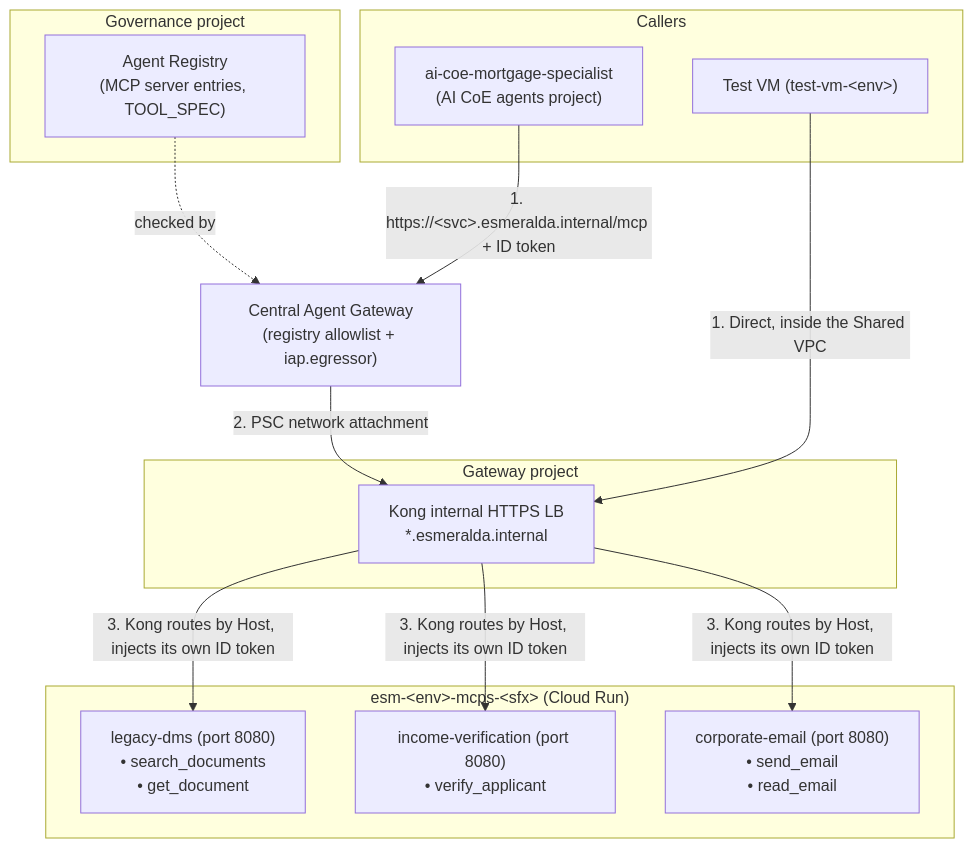
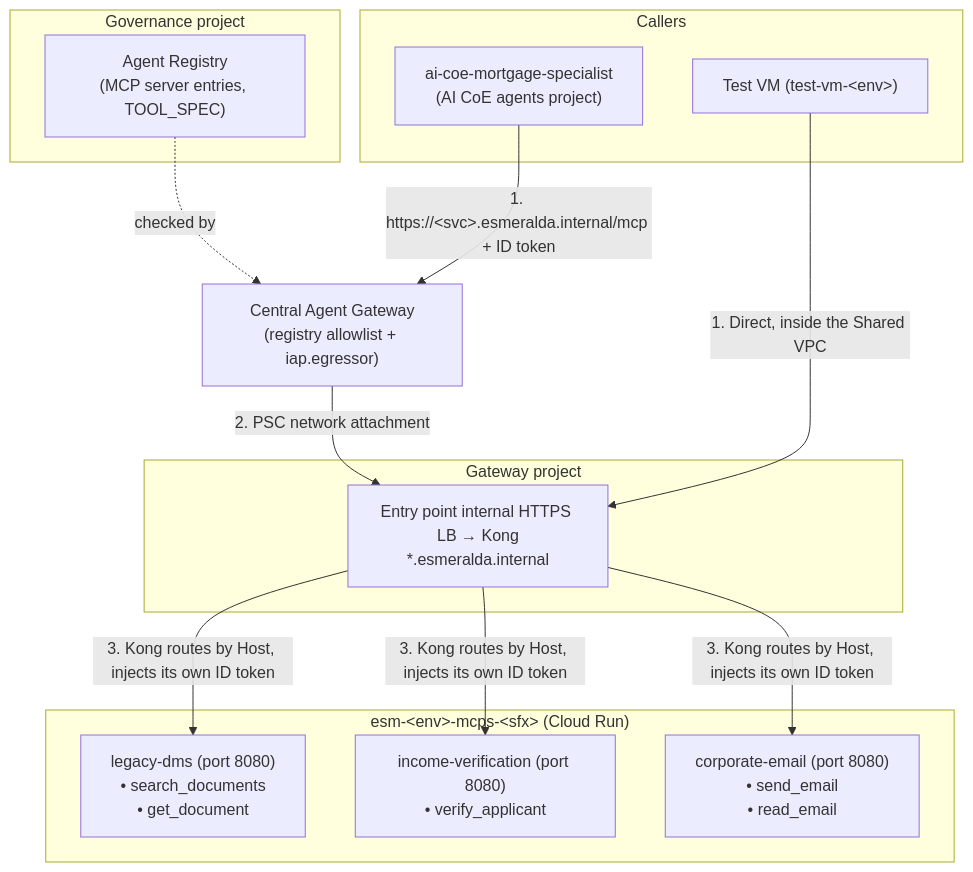
The diagram in docs/src/2-workloads-and-catalog/02-mcp-tool-servers.md (google/esmeralda), drawn with Mermaid before and after one commit. The commit also changed 10 other files, not shown here.

First line of the commit message:
docs: describe the entry point, the gateway contract and host-by-host migration

````diff
--- a/docs/src/2-workloads-and-catalog/02-mcp-tool-servers.md
+++ b/docs/src/2-workloads-and-catalog/02-mcp-tool-servers.md
@@ -46,29 +46,29 @@
 ```mermaid
 flowchart TD
     subgraph Clients["Callers"]
         A2AAgent["ai-coe-mortgage-specialist<br/>(AI CoE agents project)"]
         TestVM["Test VM (test-vm-#60;env#62;)"]
     end
 
     AGW["Central Agent Gateway<br/>(registry allowlist + iap.egressor)"]
 
     subgraph Gateway["Gateway project"]
-        ILB["Kong internal HTTPS LB<br/>*.esmeralda.internal"]
+        ILB["Entry point internal HTTPS LB → Kong<br/>*.esmeralda.internal"]
     end
 
     subgraph Tools["esm-#60;env#62;-mcps-#60;sfx#62; (Cloud Run)"]
         DMS["legacy-dms (port 8080)<br/>• search_documents<br/>• get_document"]
         Income["income-verification (port 8080)<br/>• verify_applicant"]
         Email["corporate-email (port 8080)<br/>• send_email<br/>• read_email"]
     end
 
     subgraph Catalog["Governance project"]
         Registry["Agent Registry<br/>(MCP server entries, TOOL_SPEC)"]
     end
 
     A2AAgent -->|"1. https://#60;svc#62;.esmeralda.internal/mcp + ID token"| AGW
     AGW -->|2. PSC network attachment| ILB
     TestVM -->|1. Direct, inside the Shared VPC| ILB
     ILB -->|"3. Kong routes by Host, injects its own ID token"| DMS & Income & Email
     Registry -.->|checked by| AGW
 ```
````
